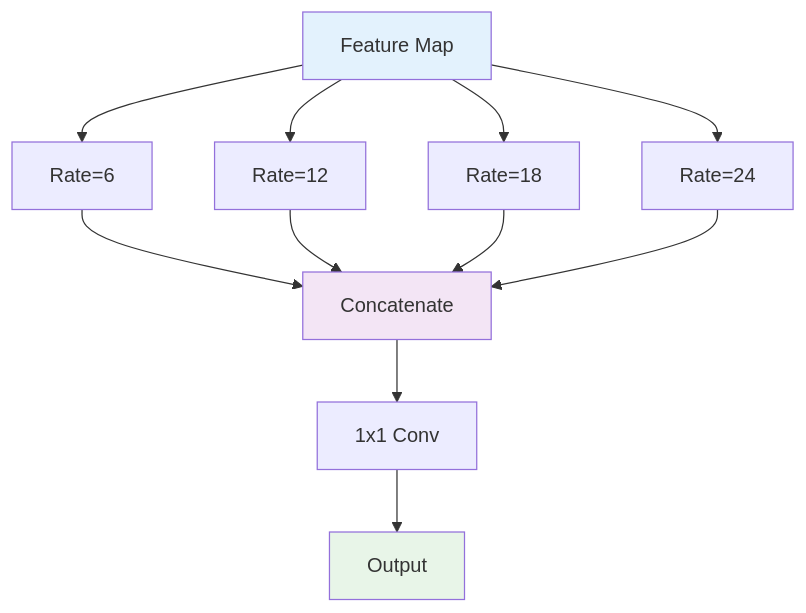
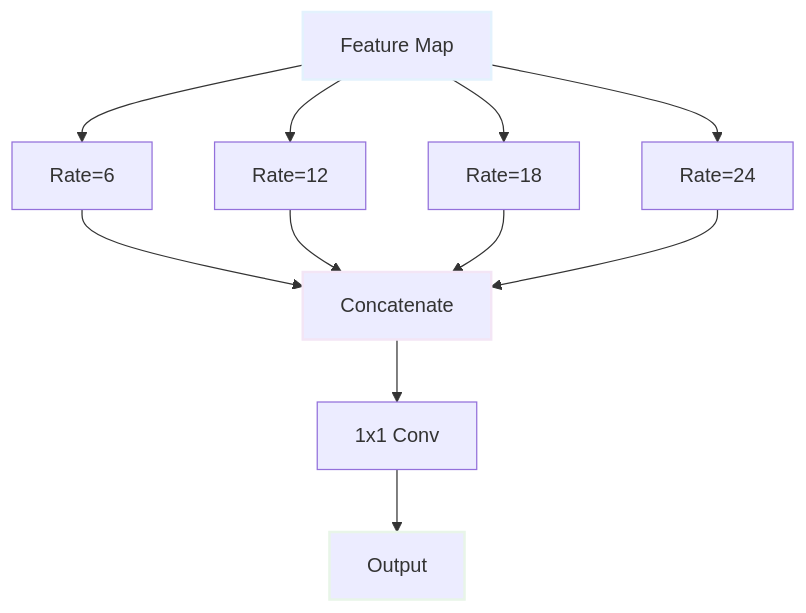
The second of 4 diagrams in 스터디/IS_08_deeplab_series.md (c0z0c/sprint_mission), drawn with Mermaid before and after one commit. The commit also changed other lines of this file and 14 other files, not shown here.

````diff
--- a/스터디/IS_08_deeplab_series.md
+++ b/스터디/IS_08_deeplab_series.md
@@ -160,17 +160,17 @@
 ```mermaid
 graph TB
     A["Feature Map"] --> B["Rate=6"]
     A --> C["Rate=12"] 
     A --> D["Rate=18"]
     A --> E["Rate=24"]
     B --> F["Concatenate"]
     C --> F
     D --> F
     E --> F
     F --> G["1x1 Conv"]
     G --> H["Output"]
     
-    style A fill:#e3f2fd
-    style F fill:#f3e5f5
-    style H fill:#e8f5e8
+    style A stroke-width:2px,stroke:#e3f2fd
+    style F stroke-width:2px,stroke:#f3e5f5
+    style H stroke-width:2px,stroke:#e8f5e8
 ```
````
